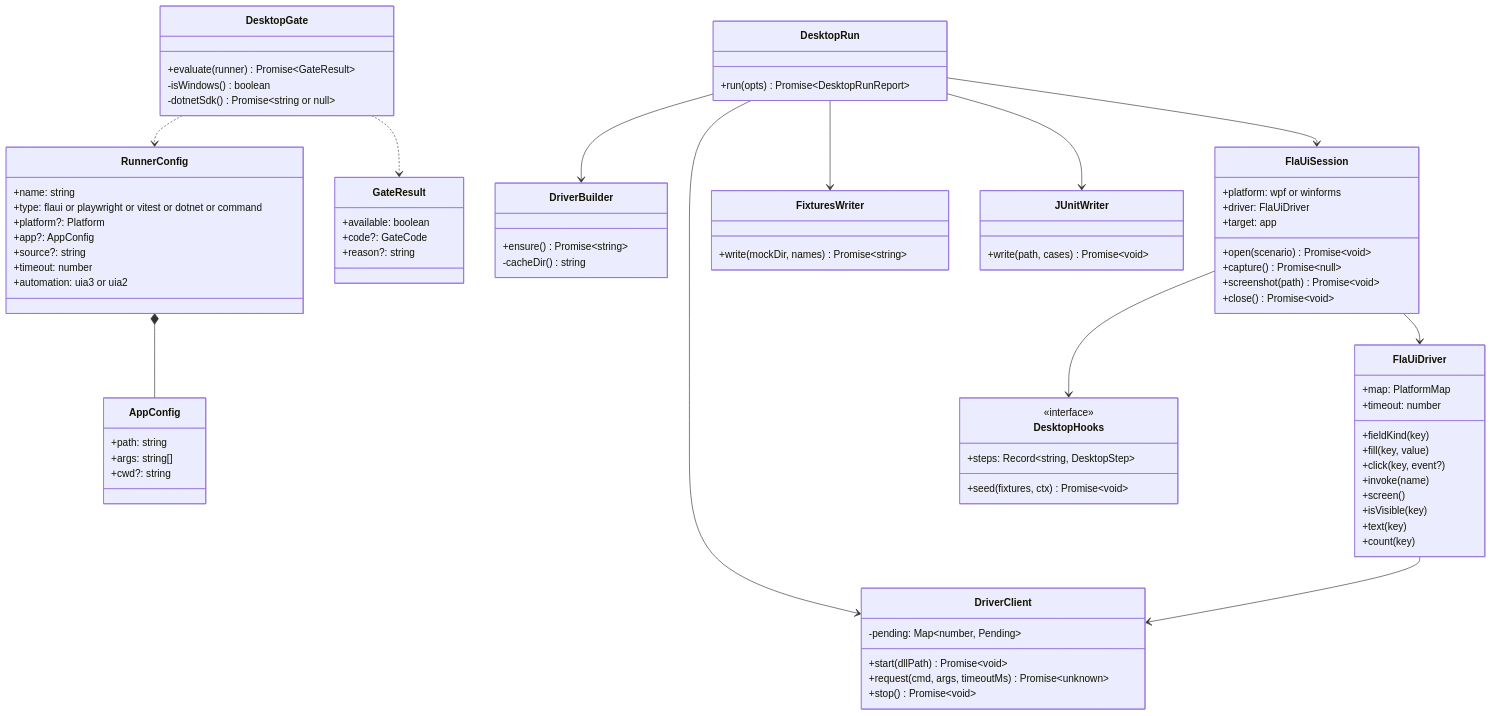
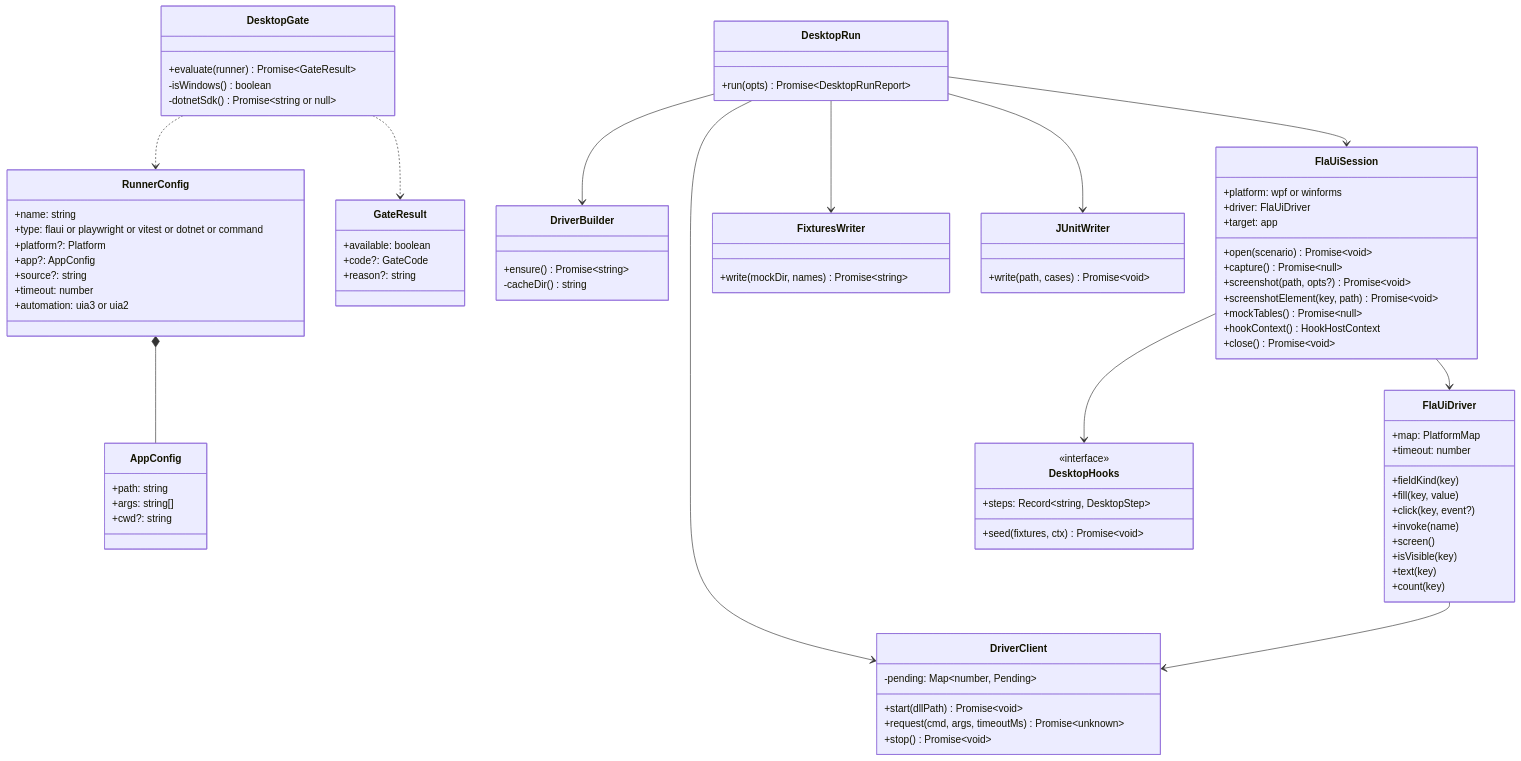
The first of 6 diagrams in docs/design/detailed/flaui-driver.md (p-o-ke-nae/design-document), drawn with Mermaid before and after one commit. The commit also changed other lines of this file and 18 other files, not shown here.

```diff
--- a/docs/design/detailed/flaui-driver.md
+++ b/docs/design/detailed/flaui-driver.md
@@ -71,7 +71,10 @@
     +target: app
     +open(scenario) Promise~void~
     +capture() Promise~null~
-    +screenshot(path) Promise~void~
+    +screenshot(path, opts?) Promise~void~
+    +screenshotElement(key, path) Promise~void~
+    +mockTables() Promise~null~
+    +hookContext() HookHostContext
     +close() Promise~void~
   }
   class DesktopHooks {
```
